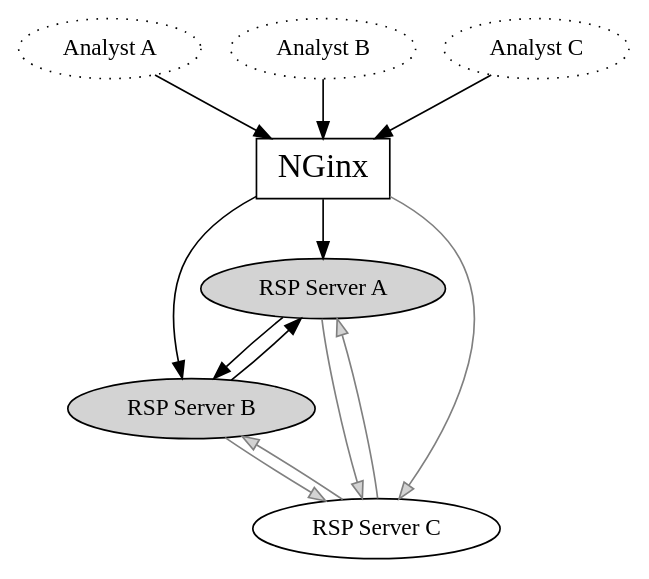
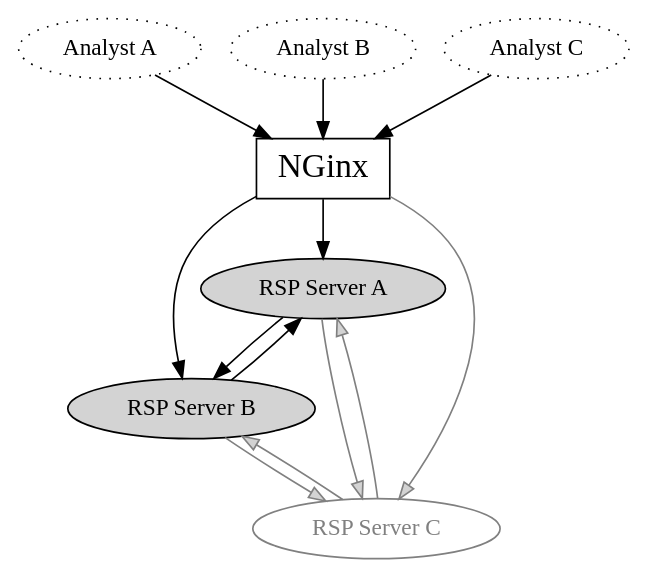
The diagram in high-availability.gv (jmcphers/rsp-power-tools), drawn with Graphviz before and after one commit. The commit also changed 11 other files, not shown here.

```diff
--- a/high-availability.gv
+++ b/high-availability.gv
@@ -1,22 +1,22 @@
 digraph availability {
   analysta [label="Analyst A", style="dotted"];
   analystb [label="Analyst B", style="dotted"];
   analystc [label="Analyst C", style="dotted"];
   nginx [label="NGinx", shape="rect", fontsize="20"];
   rspa [label="RSP Server A", group="RSP", fillcolor="lightgray", style="filled"];
   rspb [label="RSP Server B", group="RSP", fillcolor="lightgray", style="filled"];
-  rspc [label="RSP Server C", group="RSP"];
+  rspc [label="RSP Server C", group="RSP", fontcolor="gray", color="gray"];
   { rank = "source"; analysta; analystb; analystc; }
   analysta -> nginx;
   analystb -> nginx;
   analystc -> nginx;
   nginx -> rspa;
   nginx -> rspb;
   nginx -> rspc [color="grey", fillcolor="lightgrey"];
   rspa -> rspb;
   rspb -> rspc [color="grey", fillcolor="lightgrey"];
   rspc -> rspa [color="grey", fillcolor="lightgrey"];
   rspb -> rspa;
   rspc -> rspb [color="grey", fillcolor="lightgrey"];
   rspa -> rspc [color="grey", fillcolor="lightgrey"];
 }
```
